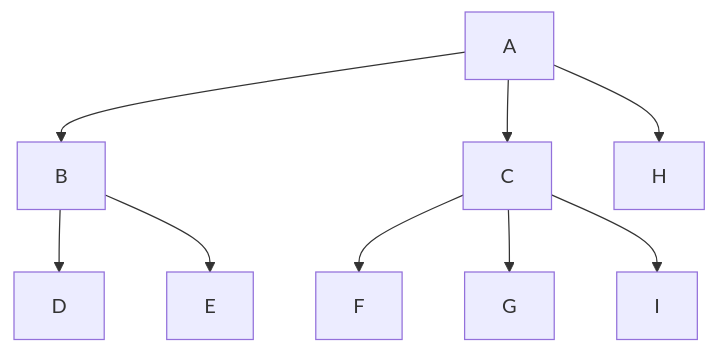
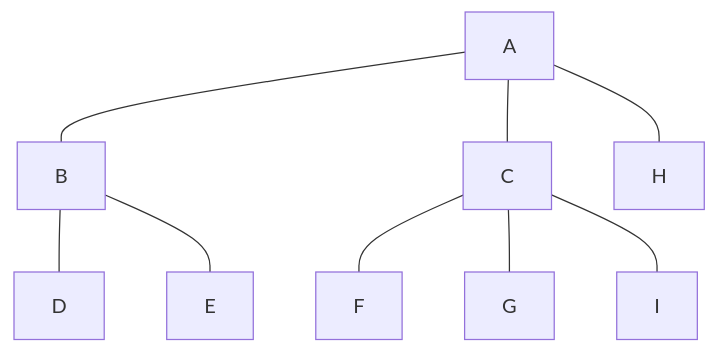
The first of 5 diagrams in apresentacoes/unidade4/arvores_binarias.md (cquintella/Estruturas), drawn with Mermaid before and after one commit. The commit also changed other lines of this file, not shown here.

````diff
--- a/apresentacoes/unidade4/arvores_binarias.md
+++ b/apresentacoes/unidade4/arvores_binarias.md
@@ -245,11 +245,11 @@
 ```mermaid
 graph TD
-A --> B
-A --> C
-A --> H
-B --> D
-B --> E
-C --> F
-C --> G
-C --> I
+A --- B
+A --- C
+A --- H
+B --- D
+B --- E
+C --- F
+C --- G
+C --- I
 ```
````
